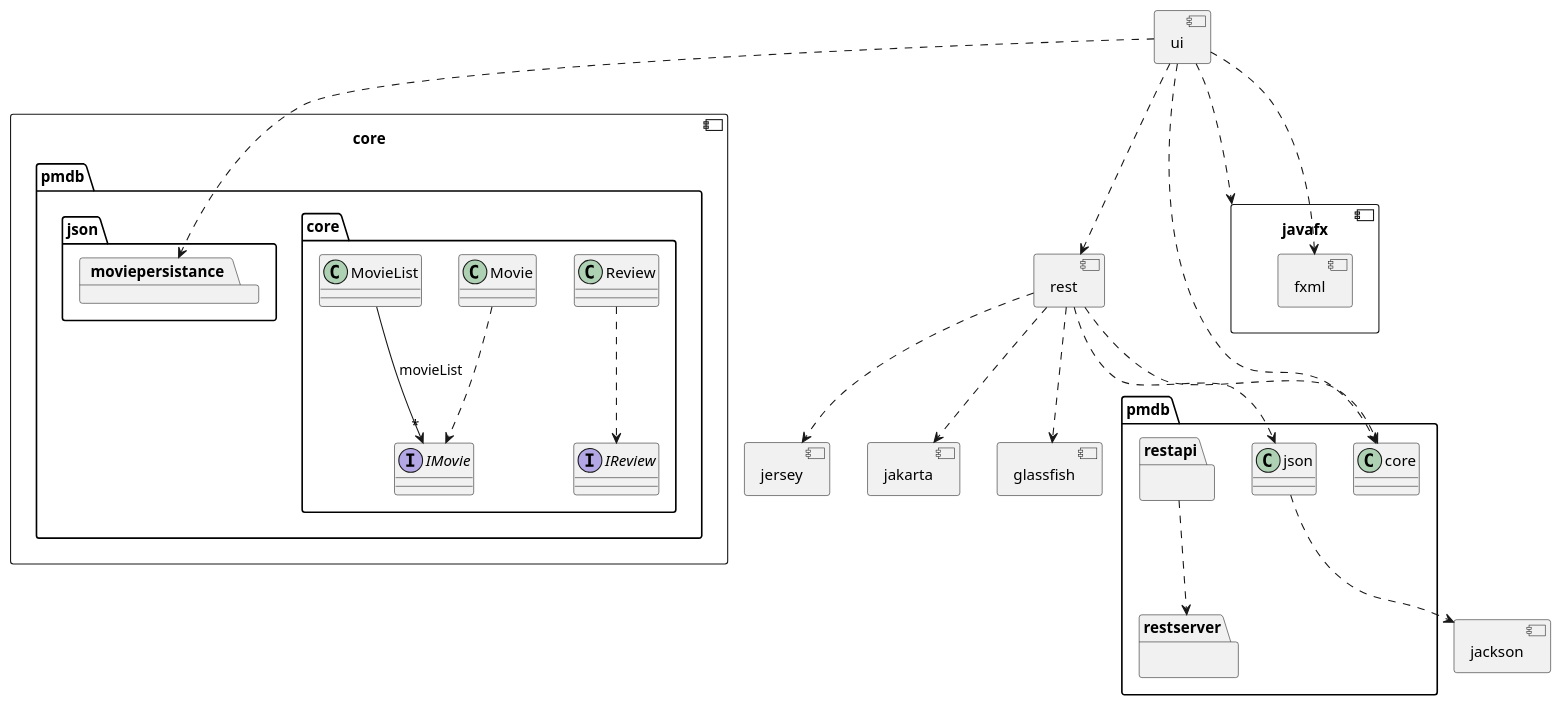
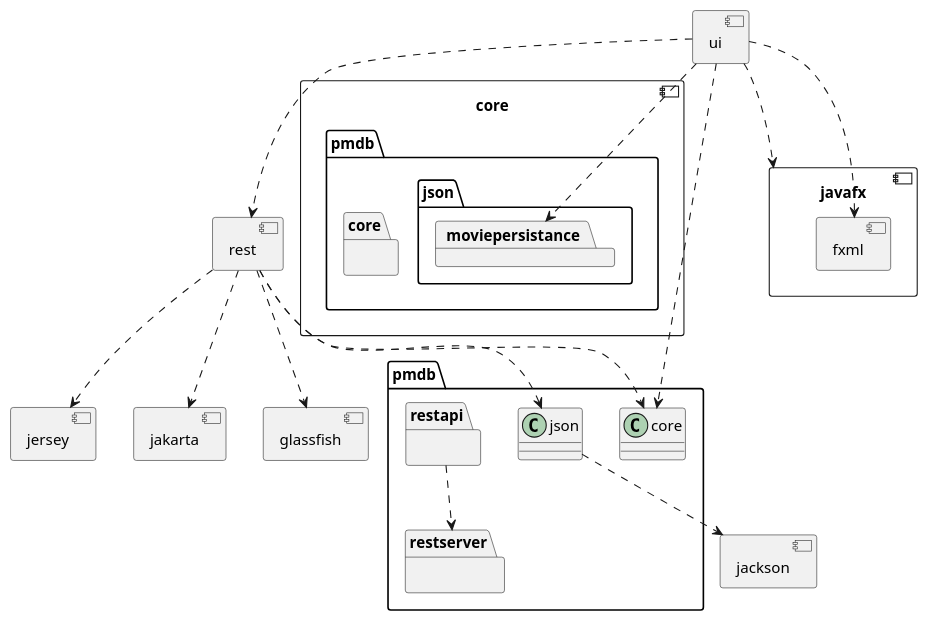
The diagram in pmdb/package.puml (paamb/IT1901), drawn with PlantUML before and after one commit.

Commit message:
Modified package diagram

```diff
--- a/pmdb/package.puml
+++ b/pmdb/package.puml
@@ -1,60 +1,51 @@
 @startuml
 allow_mixing
 component core {
     package pmdb.core{
-        interface IMovie
-        class Movie
-        Movie ..> IMovie
-        interface IReview
-        class Review
-
-        Review ..> IReview
-        class MovieList
-        MovieList --> "*" IMovie : movieList
     }
     package pmdb.json{
         package moviepersistance
     }
 }
 component jackson{
 
 }
 pmdb.json ..> jackson
 component jersey{
 
 }
 component jakarta {
 
 }
 component glassfish{
 
 }
 component rest{
     package pmdb.restapi{
 
     }
     package pmdb.restserver{
     
     }
 }
 pmdb.restapi ..> pmdb.restserver
 rest..> pmdb.core
 rest ..> jakarta
 rest ..> jersey
 rest ..> glassfish
 rest ..> pmdb.json
 
 component ui {
 
     }
 component javafx{
     component fxml{
 
         }
     }
 ui ..> javafx
 ui ..> fxml
 ui..> moviepersistance
 ui..> pmdb.core
 ui..> rest
 @enduml
```
